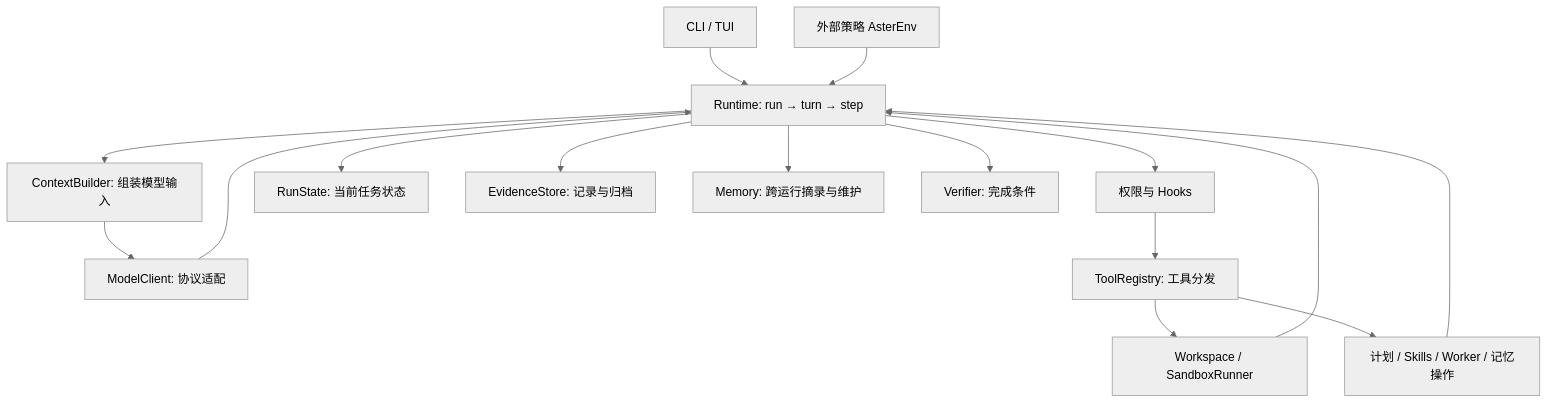
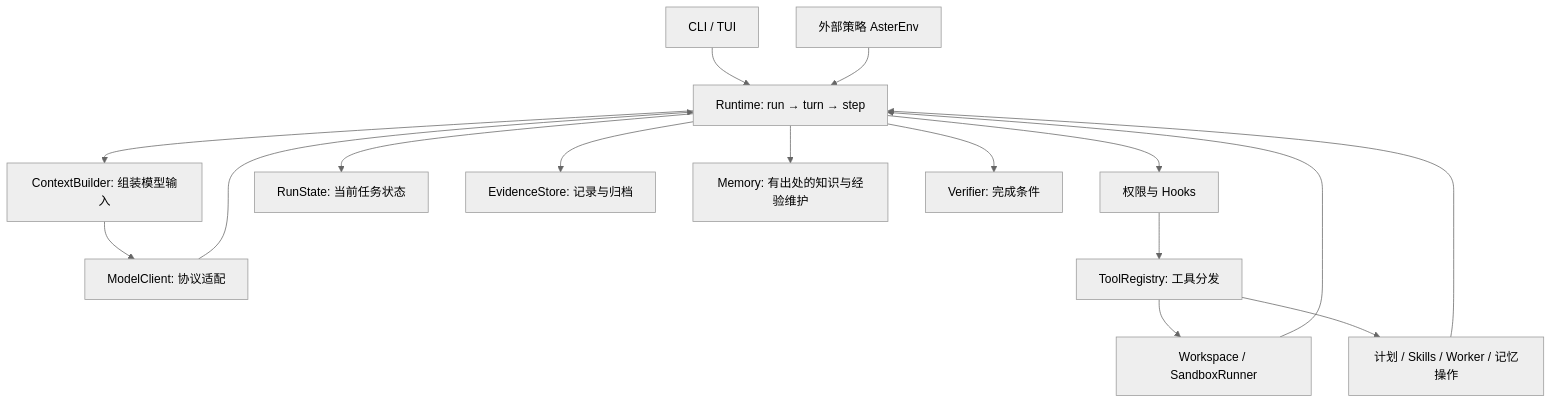
The diagram in docs/learning/README.md (prossiblezero/Aster), drawn with Mermaid (neutral theme) before and after one commit. The commit also changed other lines of this file and 892 other files, not shown here.

````diff
--- a/docs/learning/README.md
+++ b/docs/learning/README.md
@@ -60,18 +62,18 @@
 ```mermaid
 flowchart TD
     UI[CLI / TUI] --> R[Runtime: run → turn → step]
     R --> C[ContextBuilder: 组装模型输入]
     C --> P[ModelClient: 协议适配]
     P --> R
     R --> G[权限与 Hooks]
     G --> T[ToolRegistry: 工具分发]
     T --> W[Workspace / SandboxRunner]
     T --> F[计划 / Skills / Worker / 记忆操作]
     W --> R
     F --> R
     R --> S[RunState: 当前任务状态]
     R --> E[EvidenceStore: 记录与归档]
-    R --> M[Memory: 跨运行摘录与维护]
+    R --> M[Memory: 有出处的知识与经验维护]
     R --> V[Verifier: 完成条件]
     RL[外部策略 AsterEnv] --> R
 ```
````
